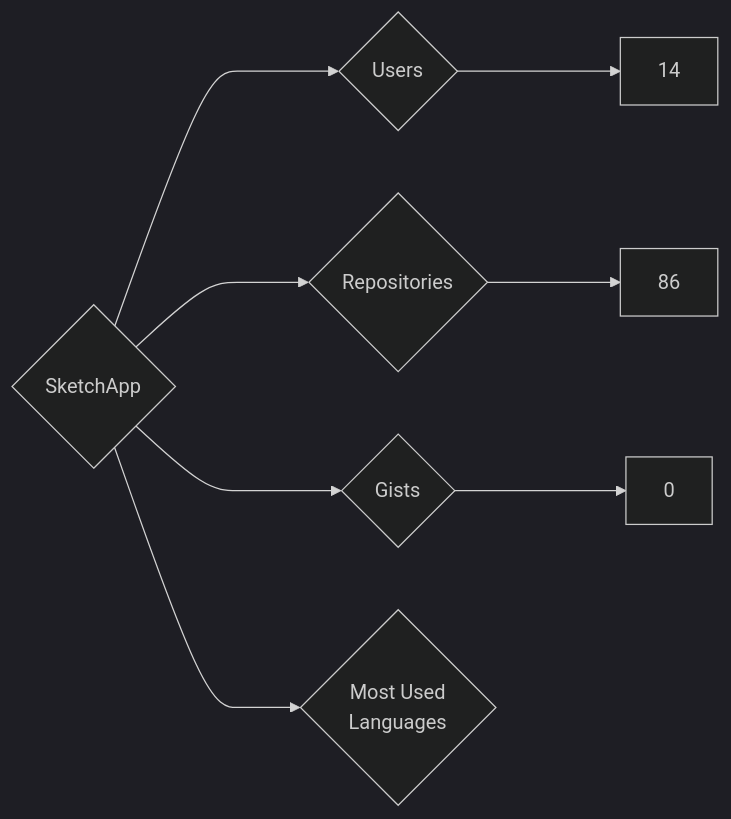
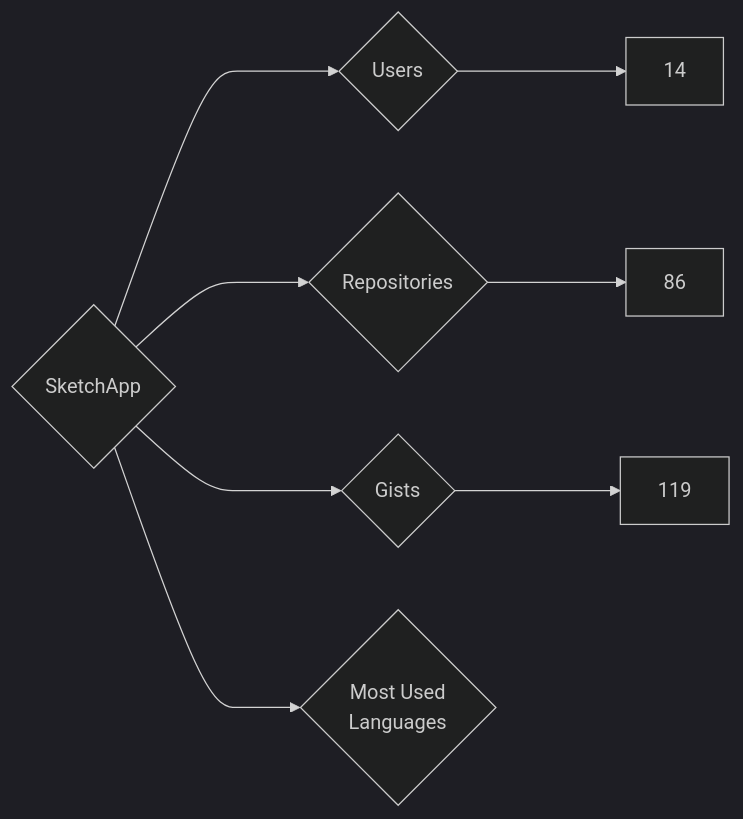
The diagram in targets/SketchApp/README.md (nenadzaric/insiders), drawn with Mermaid (dark theme) before and after one commit. The commit also changed 1342 other files, not shown here.

````diff
--- a/targets/SketchApp/README.md
+++ b/targets/SketchApp/README.md
@@ -3,8 +3,8 @@
 ```mermaid
 graph LR
 COMPANY_NAME{SketchApp}
 COMPANY_NAME ---> U{Users} ---> UN[14]
 COMPANY_NAME ---> R{Repositories} ---> RN[86]
-COMPANY_NAME ---> G{Gists} ---> GN[0]
+COMPANY_NAME ---> G{Gists} ---> GN[119]
 COMPANY_NAME ---> ML{Most Used<br>Languages}
 ```
````
